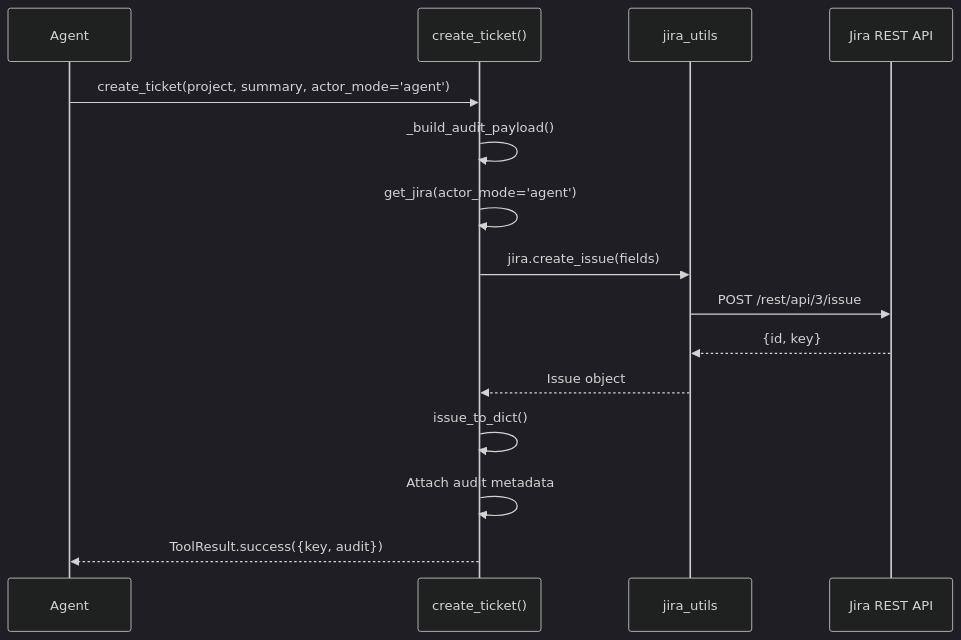
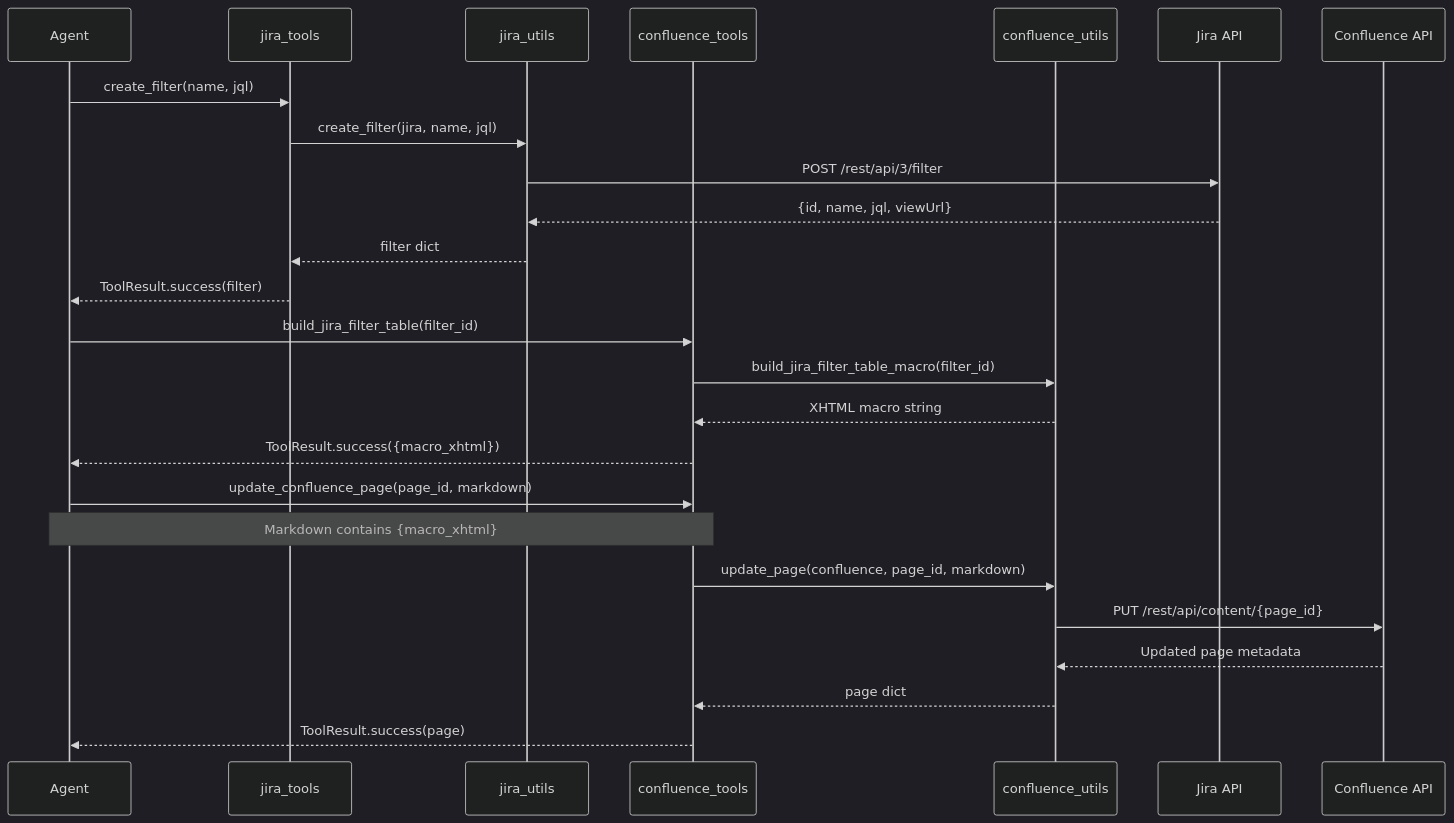
The third of 4 diagrams in docs/tools.md (jmac-cornelis/agent-workforce), drawn with Mermaid (dark theme) before and after one commit. The commit also changed other lines of this file and 4 other files, not shown here.

````diff
--- a/docs/tools.md
+++ b/docs/tools.md
@@ -107,18 +108,30 @@
 ```mermaid
 sequenceDiagram
-    participant Agent as Agent
-    participant Tool as create_ticket()
-    participant Jira as jira_utils
-    participant API as Jira REST API
+    participant Agent
+    participant jira_tools
+    participant jira_utils
+    participant confluence_tools
+    participant confluence_utils
+    participant Jira API
+    participant Confluence API
     
-    Agent->>Tool: create_ticket(project, summary, actor_mode='agent')
-    Tool->>Tool: _build_audit_payload()
-    Tool->>Tool: get_jira(actor_mode='agent')
-    Tool->>Jira: jira.create_issue(fields)
-    Jira->>API: POST /rest/api/3/issue
-    API-->>Jira: {id, key}
-    Jira-->>Tool: Issue object
-    Tool->>Tool: issue_to_dict()
-    Tool->>Tool: Attach audit metadata
-    Tool-->>Agent: ToolResult.success({key, audit})
+    Agent->>jira_tools: create_filter(name, jql)
+    jira_tools->>jira_utils: create_filter(jira, name, jql)
+    jira_utils->>Jira API: POST /rest/api/3/filter
+    Jira API-->>jira_utils: {id, name, jql, viewUrl}
+    jira_utils-->>jira_tools: filter dict
+    jira_tools-->>Agent: ToolResult.success(filter)
+    
+    Agent->>confluence_tools: build_jira_filter_table(filter_id)
+    confluence_tools->>confluence_utils: build_jira_filter_table_macro(filter_id)
+    confluence_utils-->>confluence_tools: XHTML macro string
+    confluence_tools-->>Agent: ToolResult.success({macro_xhtml})
+    
+    Agent->>confluence_tools: update_confluence_page(page_id, markdown)
+    Note over Agent,confluence_tools: Markdown contains {macro_xhtml}
+    confluence_tools->>confluence_utils: update_page(confluence, page_id, markdown)
+    confluence_utils->>Confluence API: PUT /rest/api/content/{page_id}
+    Confluence API-->>confluence_utils: Updated page metadata
+    confluence_utils-->>confluence_tools: page dict
+    confluence_tools-->>Agent: ToolResult.success(page)
 ```
````
